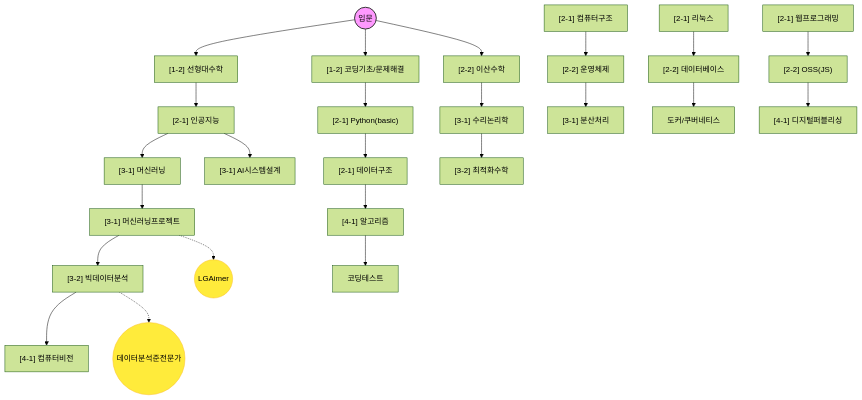
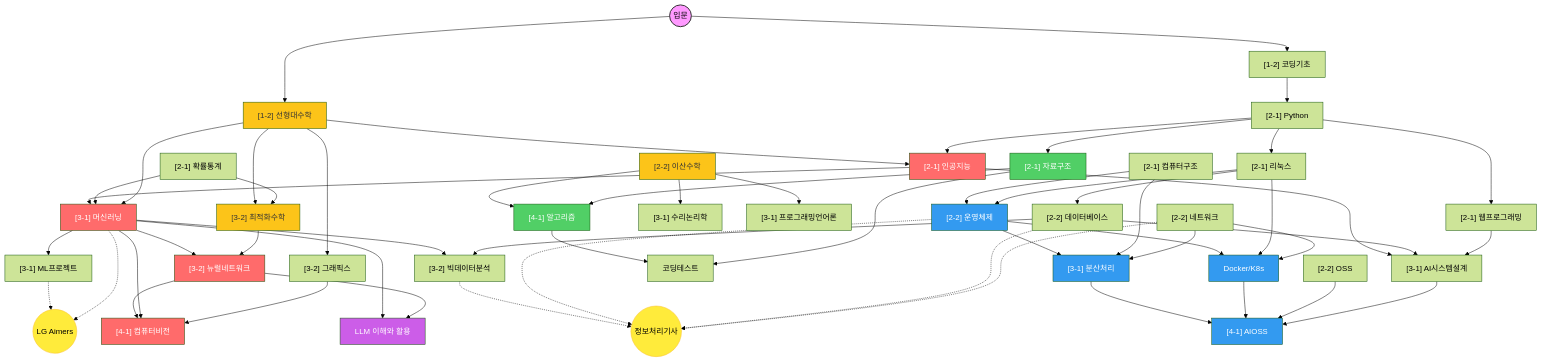
Before and after one commit to umyunsang/edu: the diagram in README.md, drawn with Mermaid (forest theme). The commit also changed other lines of this file and 543 other files, not shown here.

First line of the commit message:
Add curriculum relationship graph and update README with knowledge map

````diff
--- a/README.md
+++ b/README.md
@@ -19,42 +21,85 @@
 ```mermaid
 graph TD
-    %% 기초 과정
+    %% ── 1학년 기초 ──
     Start((입문)) --> LA["[1-2] 선형대수학"]
-    Start --> CPS["[1-2] 코딩기초/문제해결"]
-    Start --> DM["[2-2] 이산수학"]
+    Start --> CB["[1-2] 코딩기초"]
 
-    %% AI/데이터 테크 트리
+    %% ── AI/ML 트랙 (빨강) ──
     LA --> AI["[2-1] 인공지능"]
+    CB --> PY["[2-1] Python"]
+    PY --> AI
     AI --> ML["[3-1] 머신러닝"]
-    ML --> MLP["[3-1] 머신러닝프로젝트"]
-    MLP --> BDA["[3-2] 빅데이터분석"]
-    BDA --> CV["[4-1] 컴퓨터비전"]
+    PS["[2-1] 확률통계"] --> ML
+    LA --> ML
+    ML --> MLP["[3-1] ML프로젝트"]
+    ML --> NN["[3-2] 뉴럴네트워크"]
+    ML --> BDA["[3-2] 빅데이터분석"]
+    NN --> CV["[4-1] 컴퓨터비전"]
+    ML --> CV
+    ML --> LLM["LLM 이해와 활용"]
+    NN --> LLM
     AI --> AISD["[3-1] AI시스템설계"]
-    
-    %% 시스템/네트워크 테크 트리
-    CPS --> PY["[2-1] Python(basic)"]
-    PY --> DS["[2-1] 데이터구조"]
-    DS --> AL["[4-1] 알고리즘"]
+
+    %% ── 시스템/인프라 트랙 (파랑) ──
+    CA["[2-1] 컴퓨터구조"] --> OS["[2-2] 운영체제"]
+    LX["[2-1] 리눅스"] --> OS
+    PY --> LX
+    OS --> DP["[3-1] 분산처리"]
+    CA --> DP
+    NET["[2-2] 네트워크"] --> DP
+    OS --> DK["Docker/K8s"]
+    LX --> DK
+    NET --> DK
+    DP --> AIOSS["[4-1] AIOSS"]
+    DK --> AIOSS
+    OSS["[2-2] OSS"] --> AIOSS
+    AISD --> AIOSS
+
+    %% ── 수학 트랙 (노랑) ──
+    DM["[2-2] 이산수학"] --> AL["[4-1] 알고리즘"]
+    DM --> MLG["[3-1] 수리논리학"]
+    DM --> PL["[3-1] 프로그래밍언어론"]
+    LA --> OM["[3-2] 최적화수학"]
+    PS --> OM
+    OM --> NN
+    LA --> GFX["[3-2] 그래픽스"]
+    GFX --> CV
+
+    %% ── 개발 트랙 (초록) ──
+    PY --> DS["[2-1] 자료구조"]
+    DS --> AL
     AL --> CT["코딩테스트"]
-    
-    CA["[2-1] 컴퓨터구조"] --> OS["[2-2] 운영체제"]
-    OS --> DP["[3-1] 분산처리"]
-    
-    %% 인프라/웹 테크 트리
-    LX["[2-1] 리눅스"] --> DB["[2-2] 데이터베이스"]
-    DB --> DK["도커/쿠버네티스"]
-    WEB["[2-1] 웹프로그래밍"] --> OSS["[2-2] OSS(JS)"]
-    OSS --> DPUB["[4-1] 디지털퍼블리싱"]
-    
-    %% 수학/논리 테크 트리
-    DM --> MLG["[3-1] 수리논리학"]
-    MLG --> OM["[3-2] 최적화수학"]
-    
-    %% 대외 활동
-    MLP -.-> LG((LGAimer))
-    BDA -.-> CERT((데이터분석준전문가))
-    
+    DS --> CT
+    PY --> WEB["[2-1] 웹프로그래밍"]
+    LX --> DB["[2-2] 데이터베이스"]
+    DB --> BDA
+    DB --> AISD
+    WEB --> AISD
+
+    %% ── 대외/자격증 ──
+    MLP -.-> LG((LG Aimers))
+    ML -.-> LG
+    BDA -.-> CERT((정보처리기사))
+    OS -.-> CERT
+    DB -.-> CERT
+    NET -.-> CERT
+
+    %% ── 스타일 ──
     style Start fill:#f9f,stroke:#333,stroke-width:2px
+    style AI fill:#ff6b6b,color:#fff
+    style ML fill:#ff6b6b,color:#fff
+    style NN fill:#ff6b6b,color:#fff
+    style CV fill:#ff6b6b,color:#fff
+    style OS fill:#339af0,color:#fff
+    style DP fill:#339af0,color:#fff
+    style AIOSS fill:#339af0,color:#fff
+    style LA fill:#fcc419,color:#333
+    style DM fill:#fcc419,color:#333
+    style OM fill:#fcc419,color:#333
+    style DS fill:#51cf66,color:#fff
+    style AL fill:#51cf66,color:#fff
     style LG fill:#ffeb3b,stroke:#fbc02d
     style CERT fill:#ffeb3b,stroke:#fbc02d
+    style LLM fill:#cc5de8,color:#fff
+    style DK fill:#339af0,color:#fff
 ```
````
